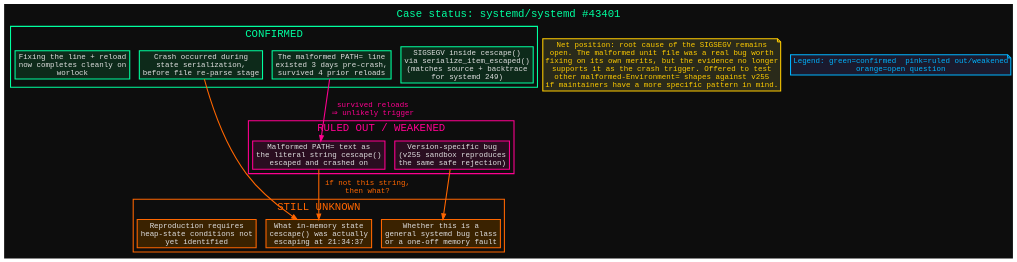
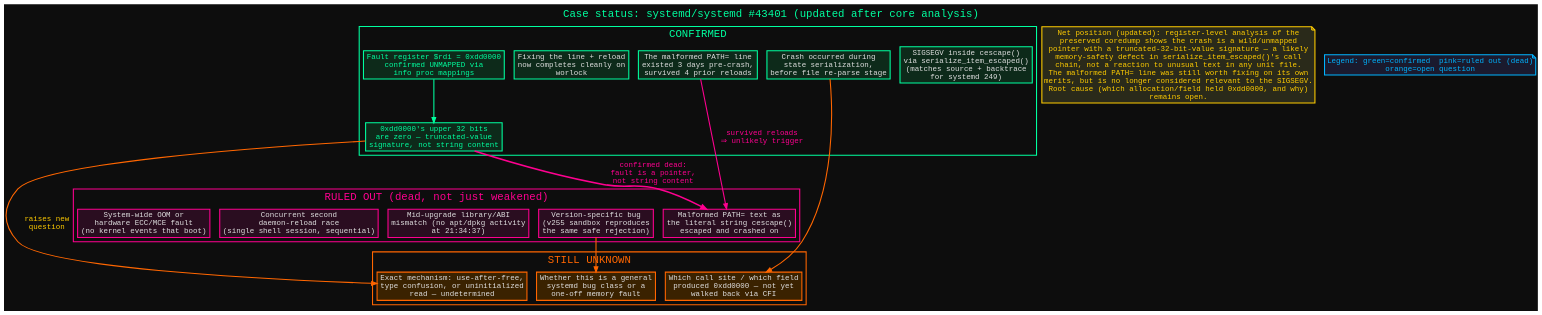
The diagram in diagrams/05_evidence_map_conclusion.dot (danindiana/systemd-daemon-reload-segfault-43401), drawn with Graphviz before and after one commit. The commit also changed 9 other files, not shown here.

Commit message:
Add wild-pointer coredump analysis: new diagram 6, updated diagrams 1+5, README refresh

```diff
--- a/diagrams/05_evidence_map_conclusion.dot
+++ b/diagrams/05_evidence_map_conclusion.dot
@@ -1,47 +1,54 @@
 digraph EvidenceMap {
     rankdir=TB;
     bgcolor="#0d0d0d";
     fontname="Courier";
-    label="Case status: systemd/systemd #43401";
+    label="Case status: systemd/systemd #43401 (updated after core analysis)";
     labelloc=t;
     fontsize=20;
     fontcolor="#00ff9f";
 
     node [shape=box, style=filled, fillcolor="#1a1a2e", color="#00ff9f", fontname="Courier", fontcolor="#e0e0e0", penwidth=2];
     edge [penwidth=2, fontname="Courier", fontcolor="#ffcc00", color="#00b4ff"];
 
     subgraph cluster_confirmed {
         label="CONFIRMED";
         color="#00ff9f"; fontcolor="#00ff9f"; fontname="Courier"; style=bold;
         c1 [label="SIGSEGV inside cescape()\nvia serialize_item_escaped()\n(matches source + backtrace\nfor systemd 249)", fillcolor="#0d2a1a", color="#00ff9f"];
         c2 [label="Crash occurred during\nstate serialization,\nbefore file re-parse stage", fillcolor="#0d2a1a", color="#00ff9f"];
         c3 [label="The malformed PATH= line\nexisted 3 days pre-crash,\nsurvived 4 prior reloads", fillcolor="#0d2a1a", color="#00ff9f"];
         c4 [label="Fixing the line + reload\nnow completes cleanly on\nworlock", fillcolor="#0d2a1a", color="#00ff9f"];
+        c5 [label="Fault register $rdi = 0xdd0000\nconfirmed UNMAPPED via\ninfo proc mappings", fillcolor="#0d2a1a", color="#00ff9f", fontcolor="#00ff9f", style="filled,bold"];
+        c6 [label="0xdd0000's upper 32 bits\nare zero — truncated-value\nsignature, not string content", fillcolor="#0d2a1a", color="#00ff9f", fontcolor="#00ff9f", style="filled,bold"];
     }
 
-    subgraph cluster_ruledout {
-        label="RULED OUT / WEAKENED";
+    subgraph cluster_deadtheory {
+        label="RULED OUT (dead, not just weakened)";
         color="#ff0090"; fontcolor="#ff0090"; fontname="Courier"; style=bold;
         r1 [label="Malformed PATH= text as\nthe literal string cescape()\nescaped and crashed on", fillcolor="#2a0d20", color="#ff0090"];
         r2 [label="Version-specific bug\n(v255 sandbox reproduces\nthe same safe rejection)", fillcolor="#2a0d20", color="#ff0090"];
+        r3 [label="Mid-upgrade library/ABI\nmismatch (no apt/dpkg activity\nat 21:34:37)", fillcolor="#2a0d20", color="#ff0090"];
+        r4 [label="Concurrent second\ndaemon-reload race\n(single shell session, sequential)", fillcolor="#2a0d20", color="#ff0090"];
+        r5 [label="System-wide OOM or\nhardware ECC/MCE fault\n(no kernel events that boot)", fillcolor="#2a0d20", color="#ff0090"];
     }
 
     subgraph cluster_unknown {
         label="STILL UNKNOWN";
         color="#ff6600"; fontcolor="#ff6600"; fontname="Courier"; style=bold;
-        u1 [label="What in-memory state\ncescape() was actually\nescaping at 21:34:37", fillcolor="#3a2200", color="#ff6600"];
-        u2 [label="Whether this is a\ngeneral systemd bug class\nor a one-off memory fault", fillcolor="#3a2200", color="#ff6600"];
-        u3 [label="Reproduction requires\nheap-state conditions not\nyet identified", fillcolor="#3a2200", color="#ff6600"];
+        u1 [label="Which call site / which field\nproduced 0xdd0000 — not yet\nwalked back via CFI", fillcolor="#3a2200", color="#ff6600"];
+        u2 [label="Exact mechanism: use-after-free,\ntype confusion, or uninitialized\nread — undetermined", fillcolor="#3a2200", color="#ff6600"];
+        u3 [label="Whether this is a general\nsystemd bug class or a\none-off memory fault", fillcolor="#3a2200", color="#ff6600"];
     }
 
+    c5 -> c6 [color="#00ff9f"];
     c3 -> r1 [label="  survived reloads\n  ⇒ unlikely trigger", color="#ff0090", fontcolor="#ff0090"];
-    r1 -> u1 [label="  if not this string,\n  then what?", color="#ff6600", fontcolor="#ff6600"];
+    c6 -> r1 [label="  confirmed dead:\n  fault is a pointer,\n  not string content", color="#ff0090", fontcolor="#ff0090", penwidth=3];
     c2 -> u1 [color="#ff6600"];
-    r2 -> u2 [color="#ff6600"];
+    c6 -> u2 [color="#ff6600", label="  raises new\n  question"];
+    r2 -> u3 [color="#ff6600"];
 
     status [shape=note, fillcolor="#2a2a1a", color="#ffcc00", fontcolor="#ffcc00",
-        label="Net position: root cause of the SIGSEGV remains\nopen. The malformed unit file was a real bug worth\nfixing on its own merits, but the evidence no longer\nsupports it as the crash trigger. Offered to test\nother malformed-Environment= shapes against v255\nif maintainers have a more specific pattern in mind."];
+        label="Net position (updated): register-level analysis of the\npreserved coredump shows the crash is a wild/unmapped\npointer with a truncated-32-bit-value signature — a likely\nmemory-safety defect in serialize_item_escaped()'s call\nchain, not a reaction to unusual text in any unit file.\nThe malformed PATH= line was still worth fixing on its own\nmerits, but is no longer considered relevant to the SIGSEGV.\nRoot cause (which allocation/field held 0xdd0000, and why)\nremains open."];
 
     legend [shape=note, fillcolor="#1a1a2e", color="#00b4ff", fontcolor="#00b4ff",
-        label="Legend: green=confirmed  pink=ruled out/weakened\norange=open question"];
+        label="Legend: green=confirmed  pink=ruled out (dead)\norange=open question"];
 }
```
